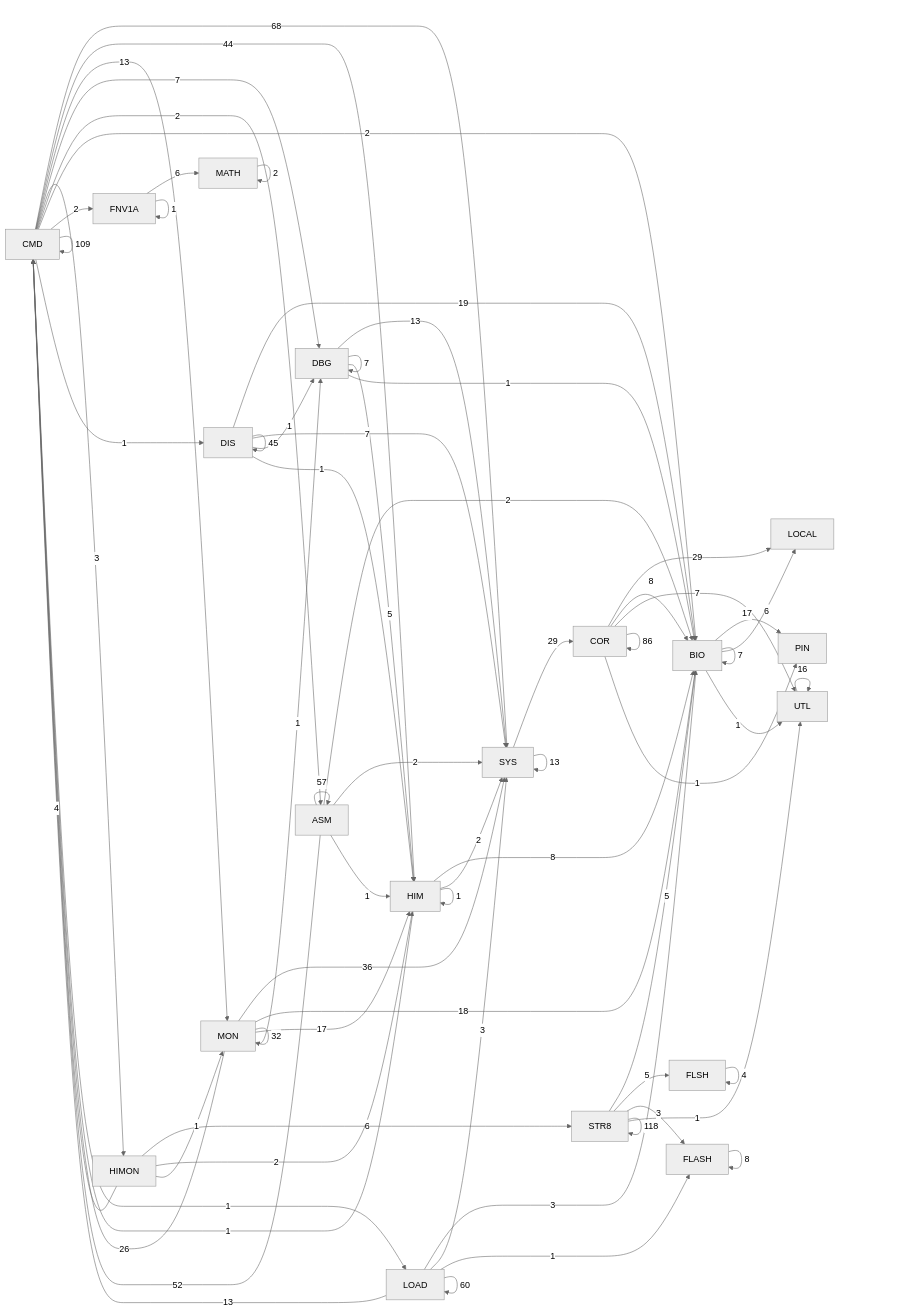
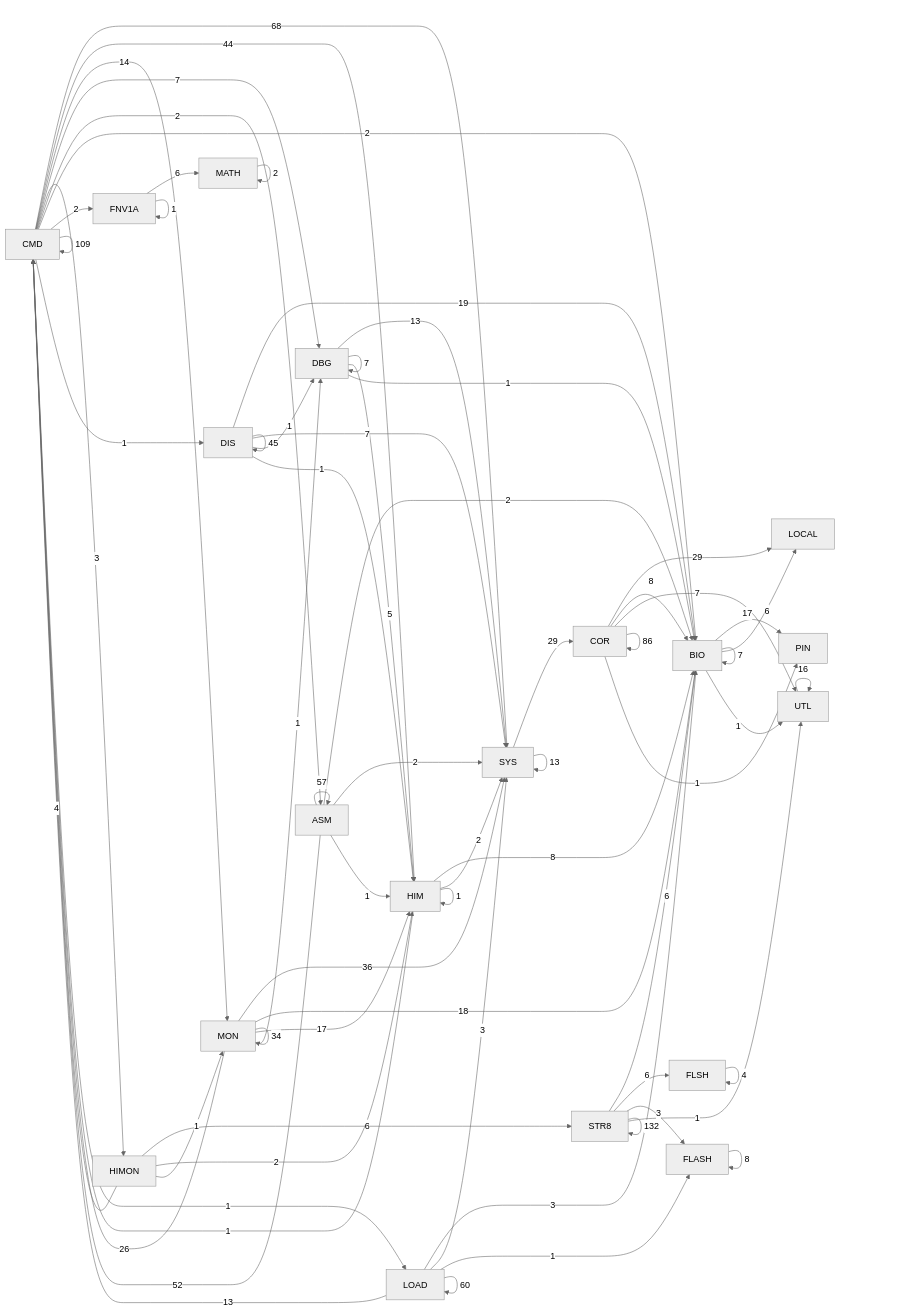
Before and after one commit to 95westus/R-YORS: the diagram in DOC/GENERATED/ROUTINE_CLASS_DIAGRAM.md, drawn with Mermaid (neutral theme). The commit also changed other lines of this file and 39 other files, not shown here.

````diff
--- a/DOC/GENERATED/ROUTINE_CLASS_DIAGRAM.md
+++ b/DOC/GENERATED/ROUTINE_CLASS_DIAGRAM.md
@@ -8,69 +8,69 @@
 ```mermaid
 flowchart LR
-    P_STR8[STR8] -->|118| P_STR8[STR8]
+    P_STR8[STR8] -->|132| P_STR8[STR8]
     P_CMD[CMD] -->|109| P_CMD[CMD]
     P_COR[COR] -->|86| P_COR[COR]
     P_CMD[CMD] -->|68| P_SYS[SYS]
     P_LOAD[LOAD] -->|60| P_LOAD[LOAD]
     P_ASM[ASM] -->|57| P_ASM[ASM]
     P_ASM[ASM] -->|52| P_CMD[CMD]
     P_DIS[DIS] -->|45| P_DIS[DIS]
     P_CMD[CMD] -->|44| P_HIM[HIM]
     P_MON[MON] -->|36| P_SYS[SYS]
-    P_MON[MON] -->|32| P_MON[MON]
+    P_MON[MON] -->|34| P_MON[MON]
     P_COR[COR] -->|29| P_LOCAL[LOCAL]
     P_SYS[SYS] -->|29| P_COR[COR]
     P_MON[MON] -->|26| P_CMD[CMD]
     P_DIS[DIS] -->|19| P_BIO[BIO]
     P_MON[MON] -->|18| P_BIO[BIO]
     P_BIO[BIO] -->|17| P_PIN[PIN]
     P_MON[MON] -->|17| P_HIM[HIM]
     P_UTL[UTL] -->|16| P_UTL[UTL]
-    P_CMD[CMD] -->|13| P_MON[MON]
+    P_CMD[CMD] -->|14| P_MON[MON]
     P_DBG[DBG] -->|13| P_SYS[SYS]
     P_LOAD[LOAD] -->|13| P_CMD[CMD]
     P_SYS[SYS] -->|13| P_SYS[SYS]
     P_COR[COR] -->|8| P_BIO[BIO]
     P_FLASH[FLASH] -->|8| P_FLASH[FLASH]
     P_HIM[HIM] -->|8| P_BIO[BIO]
     P_BIO[BIO] -->|7| P_BIO[BIO]
     P_CMD[CMD] -->|7| P_DBG[DBG]
     P_COR[COR] -->|7| P_UTL[UTL]
     P_DBG[DBG] -->|7| P_DBG[DBG]
     P_DIS[DIS] -->|7| P_SYS[SYS]
     P_BIO[BIO] -->|6| P_LOCAL[LOCAL]
     P_FNV1A[FNV1A] -->|6| P_MATH[MATH]
     P_HIMON[HIMON] -->|6| P_STR8[STR8]
+    P_STR8[STR8] -->|6| P_BIO[BIO]
+    P_STR8[STR8] -->|6| P_FLSH[FLSH]
     P_DBG[DBG] -->|5| P_HIM[HIM]
-    P_STR8[STR8] -->|5| P_BIO[BIO]
-    P_STR8[STR8] -->|5| P_FLSH[FLSH]
     P_FLSH[FLSH] -->|4| P_FLSH[FLSH]
     P_HIMON[HIMON] -->|4| P_CMD[CMD]
     P_CMD[CMD] -->|3| P_HIMON[HIMON]
     P_LOAD[LOAD] -->|3| P_BIO[BIO]
     P_LOAD[LOAD] -->|3| P_SYS[SYS]
     P_STR8[STR8] -->|3| P_FLASH[FLASH]
     P_ASM[ASM] -->|2| P_BIO[BIO]
     P_ASM[ASM] -->|2| P_SYS[SYS]
     P_CMD[CMD] -->|2| P_ASM[ASM]
     P_CMD[CMD] -->|2| P_BIO[BIO]
     P_CMD[CMD] -->|2| P_FNV1A[FNV1A]
     P_HIM[HIM] -->|2| P_SYS[SYS]
     P_HIMON[HIMON] -->|2| P_HIM[HIM]
     P_MATH[MATH] -->|2| P_MATH[MATH]
     P_ASM[ASM] -->|1| P_HIM[HIM]
     P_BIO[BIO] -->|1| P_UTL[UTL]
     P_CMD[CMD] -->|1| P_DIS[DIS]
     P_CMD[CMD] -->|1| P_LOAD[LOAD]
     P_COR[COR] -->|1| P_PIN[PIN]
     P_DBG[DBG] -->|1| P_BIO[BIO]
     P_DIS[DIS] -->|1| P_DBG[DBG]
     P_DIS[DIS] -->|1| P_HIM[HIM]
     P_FNV1A[FNV1A] -->|1| P_FNV1A[FNV1A]
     P_HIM[HIM] -->|1| P_CMD[CMD]
     P_HIM[HIM] -->|1| P_HIM[HIM]
     P_HIMON[HIMON] -->|1| P_MON[MON]
     P_LOAD[LOAD] -->|1| P_FLASH[FLASH]
     P_MON[MON] -->|1| P_DBG[DBG]
     P_STR8[STR8] -->|1| P_UTL[UTL]
 ```
````
